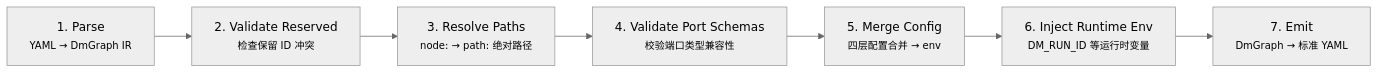
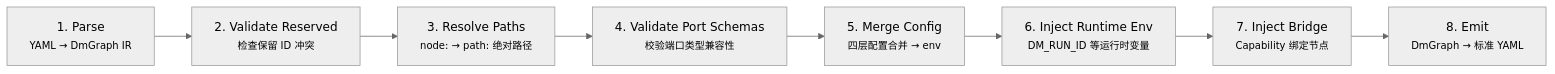
One commit to l1veIn/dora-manager changed the fourth of 7 diagrams in wiki/zh/05-dataflow-concept.md. Above: the diagram before and after it, drawn with Mermaid (neutral theme). The commit also changed other lines of this file and 99 other files, not shown here.

````diff
--- a/wiki/zh/05-dataflow-concept.md
+++ b/wiki/zh/05-dataflow-concept.md
@@ -239,9 +245,10 @@
 ```mermaid
 flowchart LR
     A["1. Parse<br/><small>YAML → DmGraph IR</small>"] --> B["2. Validate Reserved<br/><small>检查保留 ID 冲突</small>"]
     B --> C["3. Resolve Paths<br/><small>node: → path: 绝对路径</small>"]
     C --> D["4. Validate Port Schemas<br/><small>校验端口类型兼容性</small>"]
     D --> E["5. Merge Config<br/><small>四层配置合并 → env</small>"]
     E --> F["6. Inject Runtime Env<br/><small>DM_RUN_ID 等运行时变量</small>"]
-    F --> G["7. Emit<br/><small>DmGraph → 标准 YAML</small>"]
+    F --> G["7. Inject Bridge<br/><small>Capability 绑定节点</small>"]
+    G --> H["8. Emit<br/><small>DmGraph → 标准 YAML</small>"]
 ```
````
